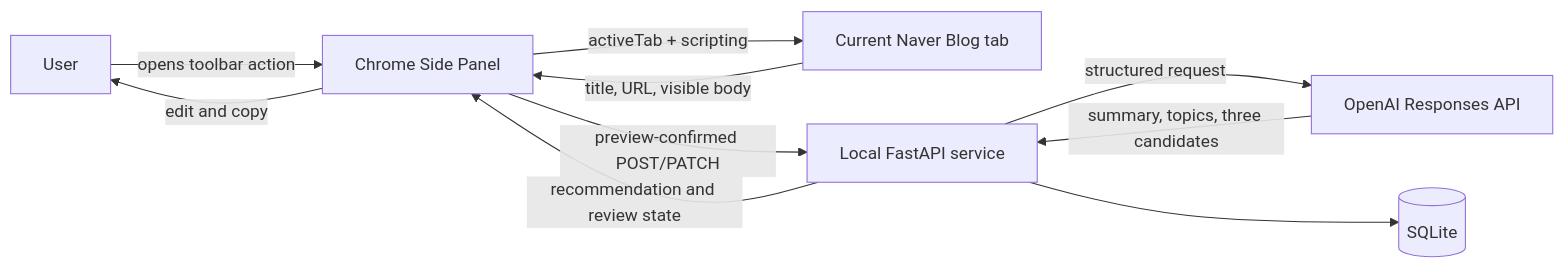
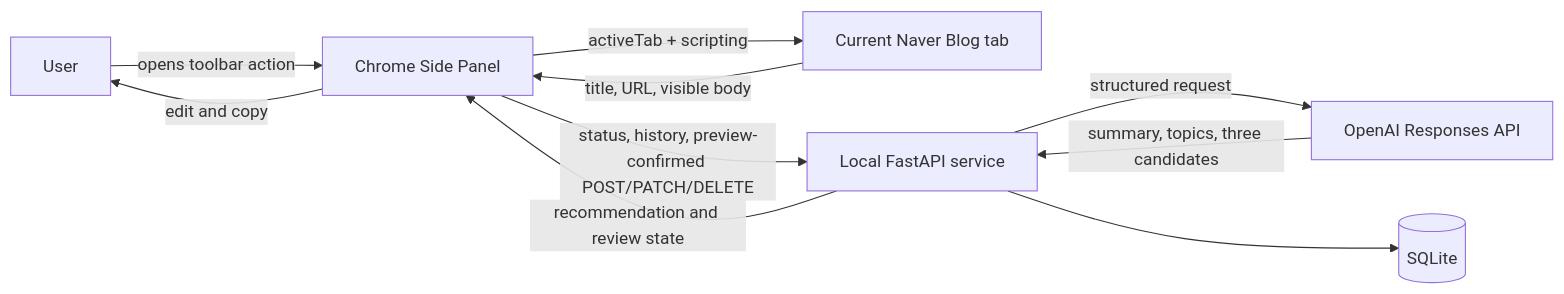
One commit to jihoon22-lee/NaverBlogAutomation changed the diagram in docs/architecture.md. Above: the diagram before and after it, drawn with Mermaid. The commit also changed other lines of this file and 29 other files, not shown here.

````diff
--- a/docs/architecture.md
+++ b/docs/architecture.md
@@ -22,12 +23,12 @@
 ```mermaid
 flowchart LR
     U[User] -->|opens toolbar action| P[Chrome Side Panel]
     P -->|activeTab + scripting| N[Current Naver Blog tab]
     N -->|title, URL, visible body| P
-    P -->|preview-confirmed POST/PATCH| A[Local FastAPI service]
+    P -->|status, history, preview-confirmed POST/PATCH/DELETE| A[Local FastAPI service]
     A -->|structured request| O[OpenAI Responses API]
     O -->|summary, topics, three candidates| A
     A --> D[(SQLite)]
     A -->|recommendation and review state| P
     P -->|edit and copy| U
 ```
````
